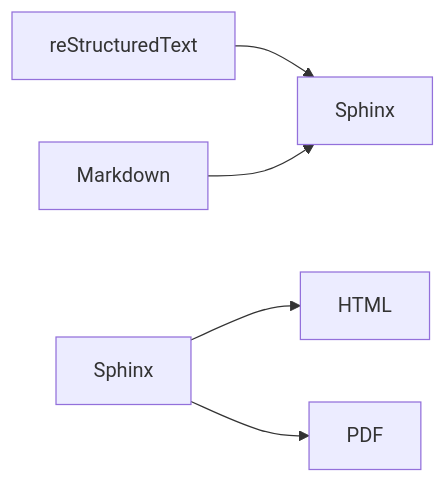
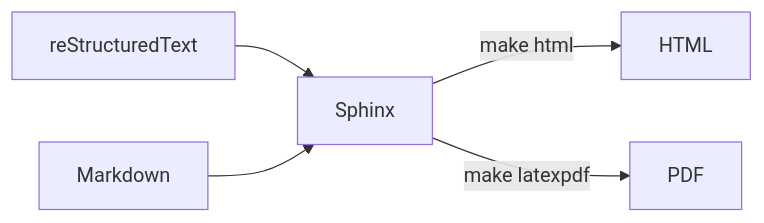
One commit to shunya-sasaki/recommendation-for-program-development changed the diagram in src/sphinx.md. Above: the diagram before and after it, drawn with Mermaid. The commit also changed other lines of this file and 5 other files, not shown here.

Commit message:
Add descriptions to build HTML documents to the sphinx page

````diff
--- a/src/sphinx.md
+++ b/src/sphinx.md
@@ -9,16 +20,16 @@
 ```{mermaid}
 flowchart LR
 
 markdown[Markdown]
 rst[reStructuredText]
 sphinx[Sphinx]
 
 html[HTML]
 pdf[PDF]
 
-rst --> Sphinx
-markdown --> Sphinx
+rst --> sphinx
+markdown --> sphinx
 
-sphinx --> html
-sphinx --> pdf
+sphinx -->|make html| html
+sphinx -->|make latexpdf| pdf
 ```
````
